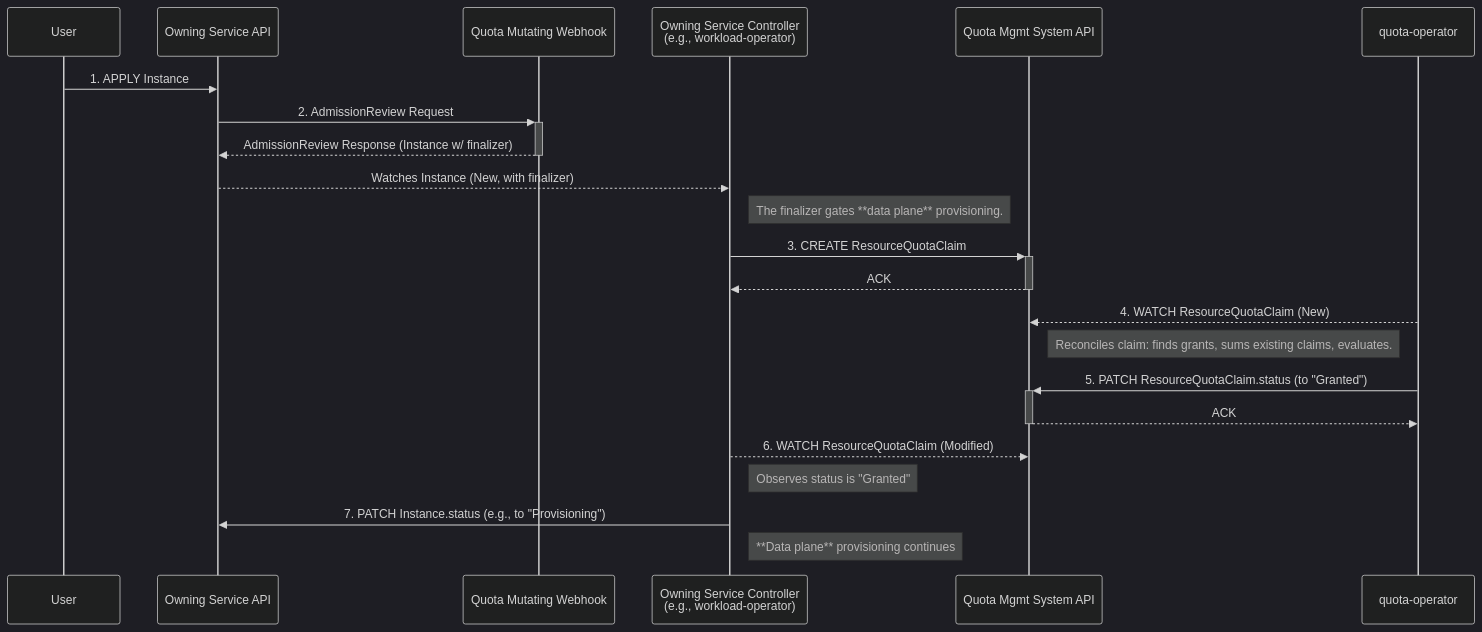
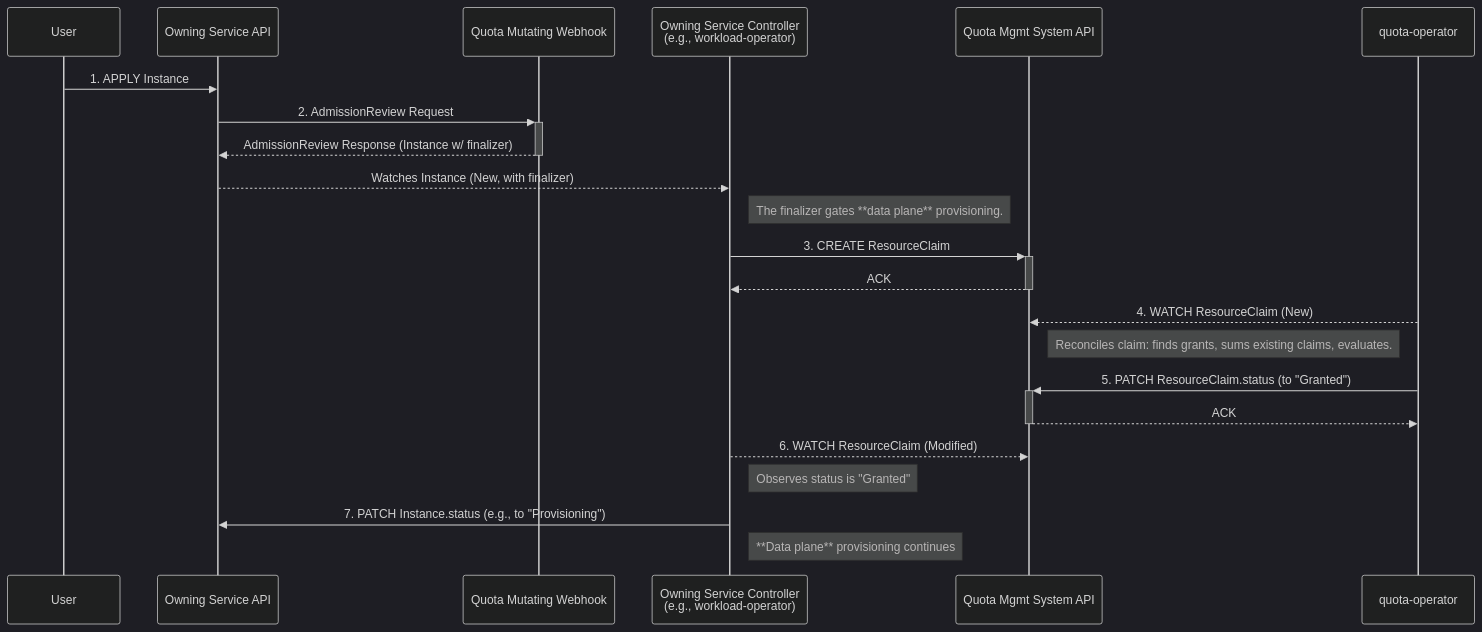
One commit to datum-cloud/enhancements changed the fifth of 6 diagrams in enhancements/platform/quota-management/README.md. Above: the diagram before and after it, drawn with Mermaid (dark theme). The commit also changed other lines of this file, not shown here.

Commit message:
chore(quota): updates glossary of main terminology

````diff
--- a/enhancements/platform/quota-management/README.md
+++ b/enhancements/platform/quota-management/README.md
@@ -1409,31 +1411,31 @@
 ```mermaid
 %% Sequence Diagram - Core Flow: Resource Provisioning and Quota Claim
 sequenceDiagram
     participant User
     participant OwningServiceAPI as Owning Service API
     participant QuotaWebhook as Quota Mutating Webhook
     participant OwningServiceController as Owning Service Controller <br/> (e.g., workload-operator)
     participant QuotaAPI as Quota Mgmt System API
     participant QuotaOperator as quota-operator
 
     User->>OwningServiceAPI: 1. APPLY Instance
     OwningServiceAPI->>+QuotaWebhook: 2. AdmissionReview Request
     QuotaWebhook-->>-OwningServiceAPI: AdmissionReview Response (Instance w/ finalizer)
 
     OwningServiceAPI-->>OwningServiceController: Watches Instance (New, with finalizer)
     note right of OwningServiceController: The finalizer gates **data plane** provisioning.
 
-    OwningServiceController->>+QuotaAPI: 3. CREATE ResourceQuotaClaim
+    OwningServiceController->>+QuotaAPI: 3. CREATE ResourceClaim
     QuotaAPI-->>-OwningServiceController: ACK
 
-    QuotaOperator-->>QuotaAPI: 4. WATCH ResourceQuotaClaim (New)
+    QuotaOperator-->>QuotaAPI: 4. WATCH ResourceClaim (New)
     note left of QuotaOperator: Reconciles claim: finds grants, sums existing claims, evaluates.
-    QuotaOperator->>+QuotaAPI: 5. PATCH ResourceQuotaClaim.status (to "Granted")
+    QuotaOperator->>+QuotaAPI: 5. PATCH ResourceClaim.status (to "Granted")
     QuotaAPI-->>-QuotaOperator: ACK
 
-    OwningServiceController-->>QuotaAPI: 6. WATCH ResourceQuotaClaim (Modified)
+    OwningServiceController-->>QuotaAPI: 6. WATCH ResourceClaim (Modified)
     note right of OwningServiceController: Observes status is "Granted"
 
     OwningServiceController->>OwningServiceAPI: 7. PATCH Instance.status (e.g., to "Provisioning")
     note right of OwningServiceController: **Data plane** provisioning continues
 ```
````
